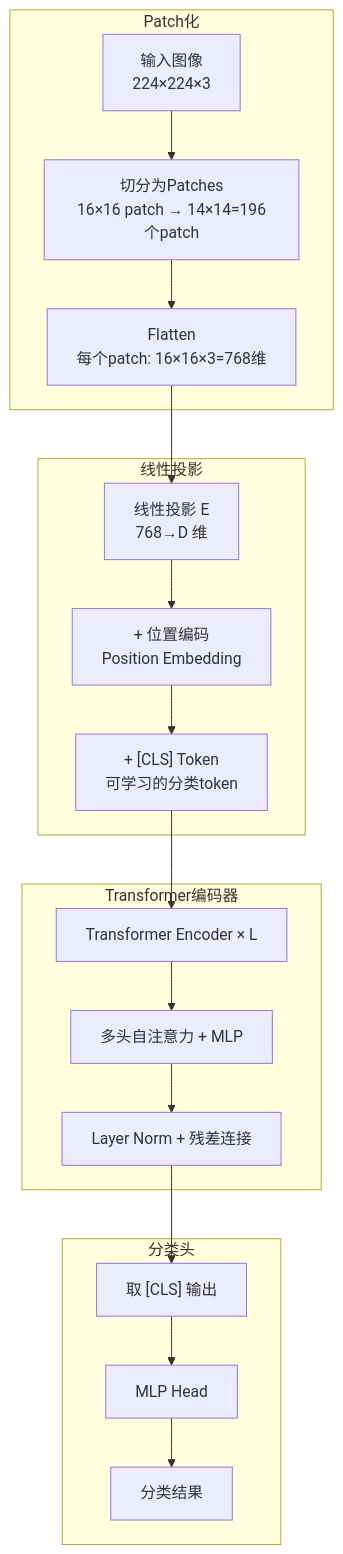
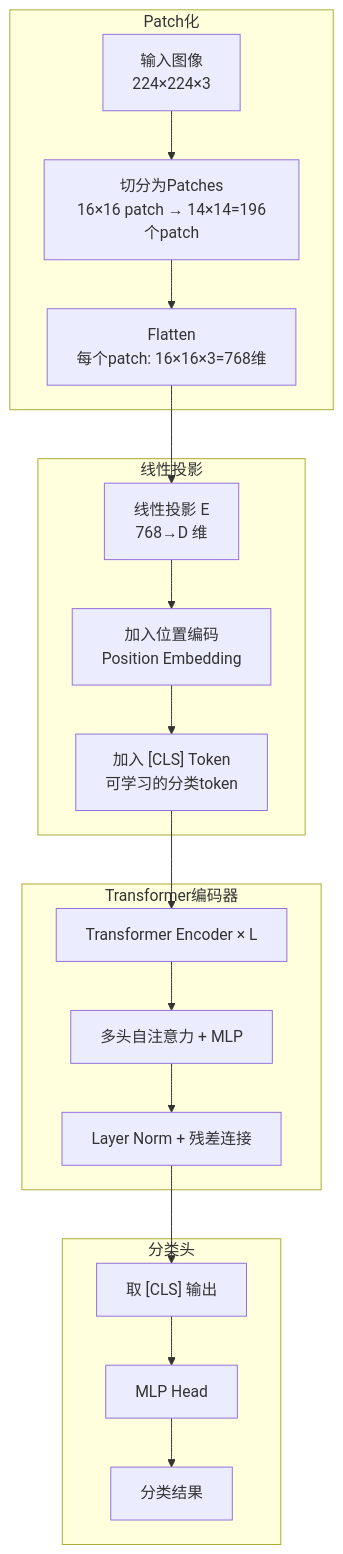
Before and after one commit to BeefWrap4/LLM-Knowledge-Base: the fourth of 13 diagrams in 21_多模态大模型.md, drawn with Mermaid. The commit also changed 12 other files, not shown here.

Commit message:
Fix Mermaid markdown label rendering

````diff
--- a/21_多模态大模型.md
+++ b/21_多模态大模型.md
@@ -342,25 +342,25 @@
 ```mermaid
 flowchart TB
     subgraph Patch化
         IMG["输入图像<br/>224×224×3"] --> P["切分为Patches<br/>16×16 patch → 14×14=196个patch"]
         P --> F["Flatten<br/>每个patch: 16×16×3=768维"]
     end
 
     subgraph 线性投影
         F --> LP["线性投影 E<br/>768→D 维"]
-        LP --> PE["+ 位置编码<br/>Position Embedding"]
-        PE --> CLS["+ [CLS] Token<br/>可学习的分类token"]
+        LP --> PE["加入位置编码<br/>Position Embedding"]
+        PE --> CLS["加入 [CLS] Token<br/>可学习的分类token"]
     end
 
     subgraph Transformer编码器
         CLS --> TR["Transformer Encoder × L"]
         TR --> TR1["多头自注意力 + MLP"]
         TR1 --> TR2["Layer Norm + 残差连接"]
     end
 
     subgraph 分类头
         TR2 --> CLS_OUT["取 [CLS] 输出"]
         CLS_OUT --> MLP["MLP Head"]
         MLP --> OUT["分类结果"]
     end
 ```
````
